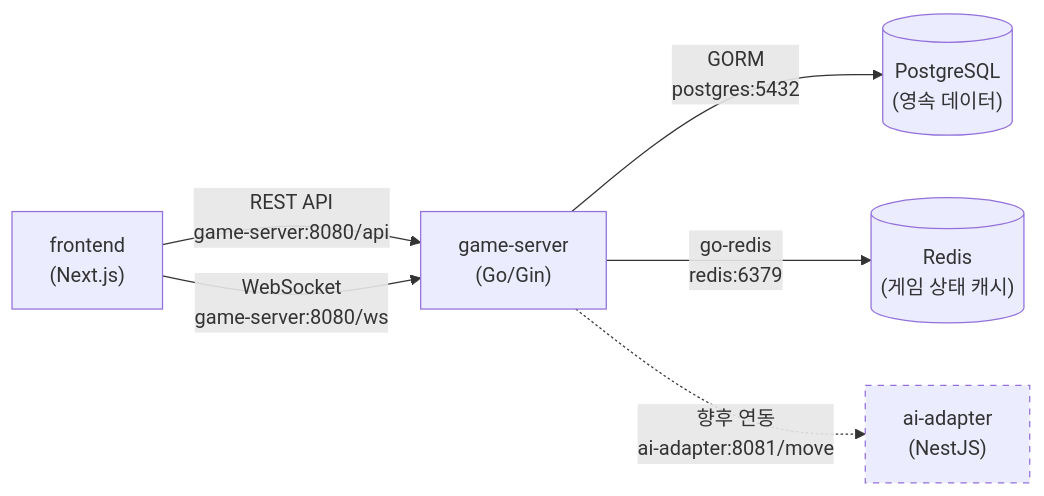
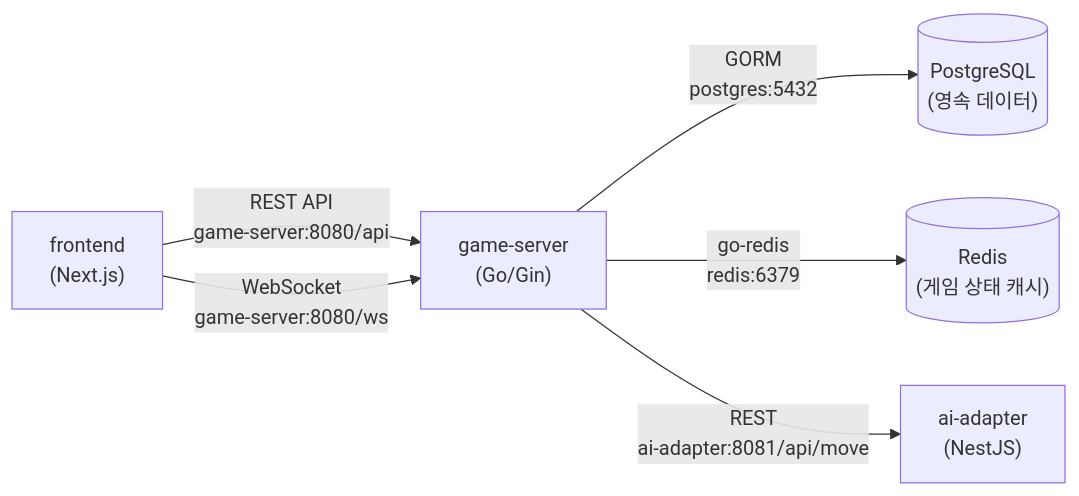
One commit to k82022603/RummiArena changed the third of 7 diagrams in docs/05-deployment/04-k8s-architecture.md. Above: the diagram before and after it, drawn with Mermaid. The commit also changed other lines of this file and 15 other files, not shown here.

````diff
--- a/docs/05-deployment/04-k8s-architecture.md
+++ b/docs/05-deployment/04-k8s-architecture.md
@@ -121,16 +121,14 @@
 ```mermaid
 flowchart LR
     FE["frontend\n(Next.js)"]
     GS["game-server\n(Go/Gin)"]
     AI["ai-adapter\n(NestJS)"]
     Redis[("Redis\n(게임 상태 캐시)")]
     PG[("PostgreSQL\n(영속 데이터)")]
 
     FE -->|"REST API\ngame-server:8080/api"| GS
     FE -->|"WebSocket\ngame-server:8080/ws"| GS
     GS -->|"GORM\npostgres:5432"| PG
     GS -->|"go-redis\nredis:6379"| Redis
-    GS -.->|"향후 연동\nai-adapter:8081/move"| AI
-
-    style AI stroke-dasharray: 5 5
+    GS -->|"REST\nai-adapter:8081/api/move"| AI
 ```
````
